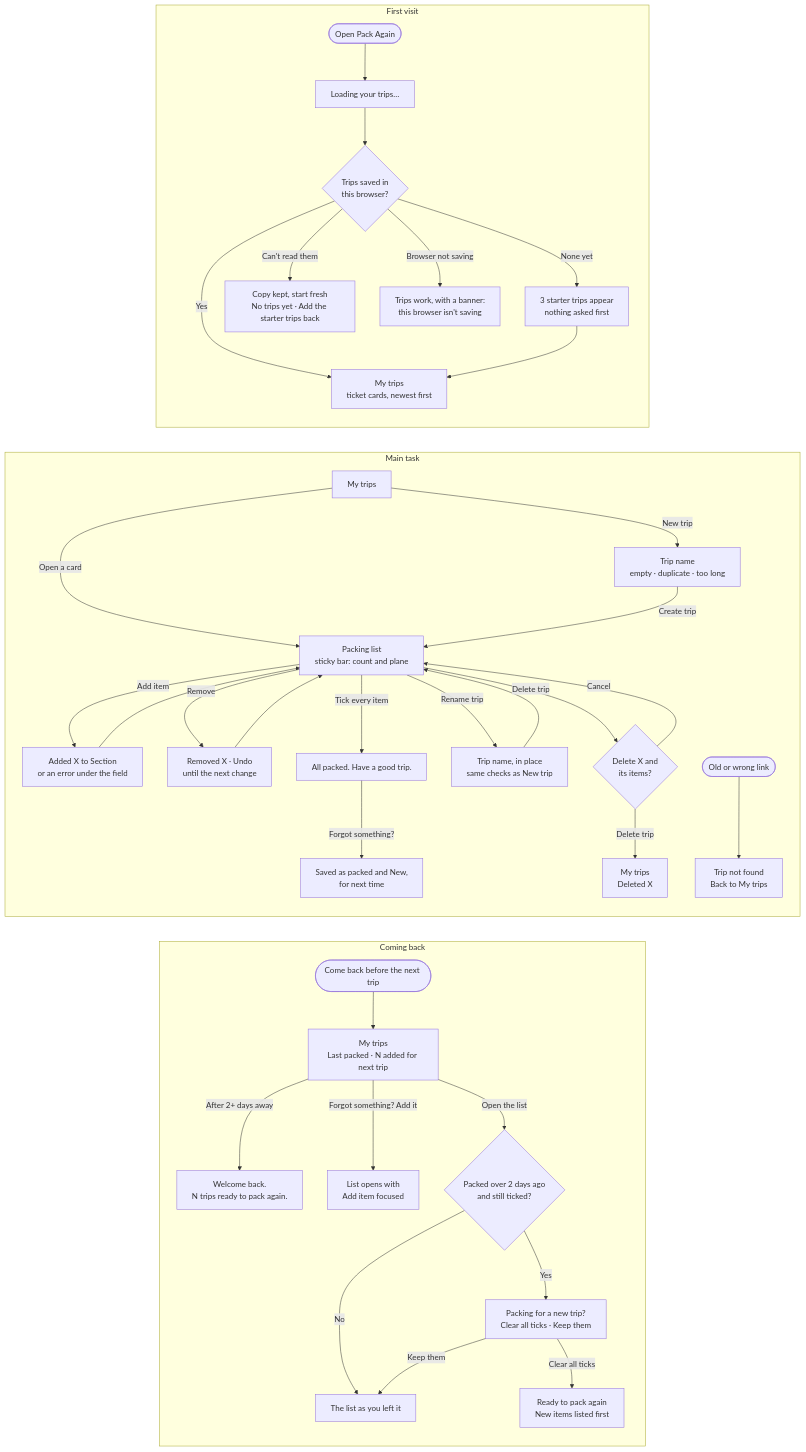
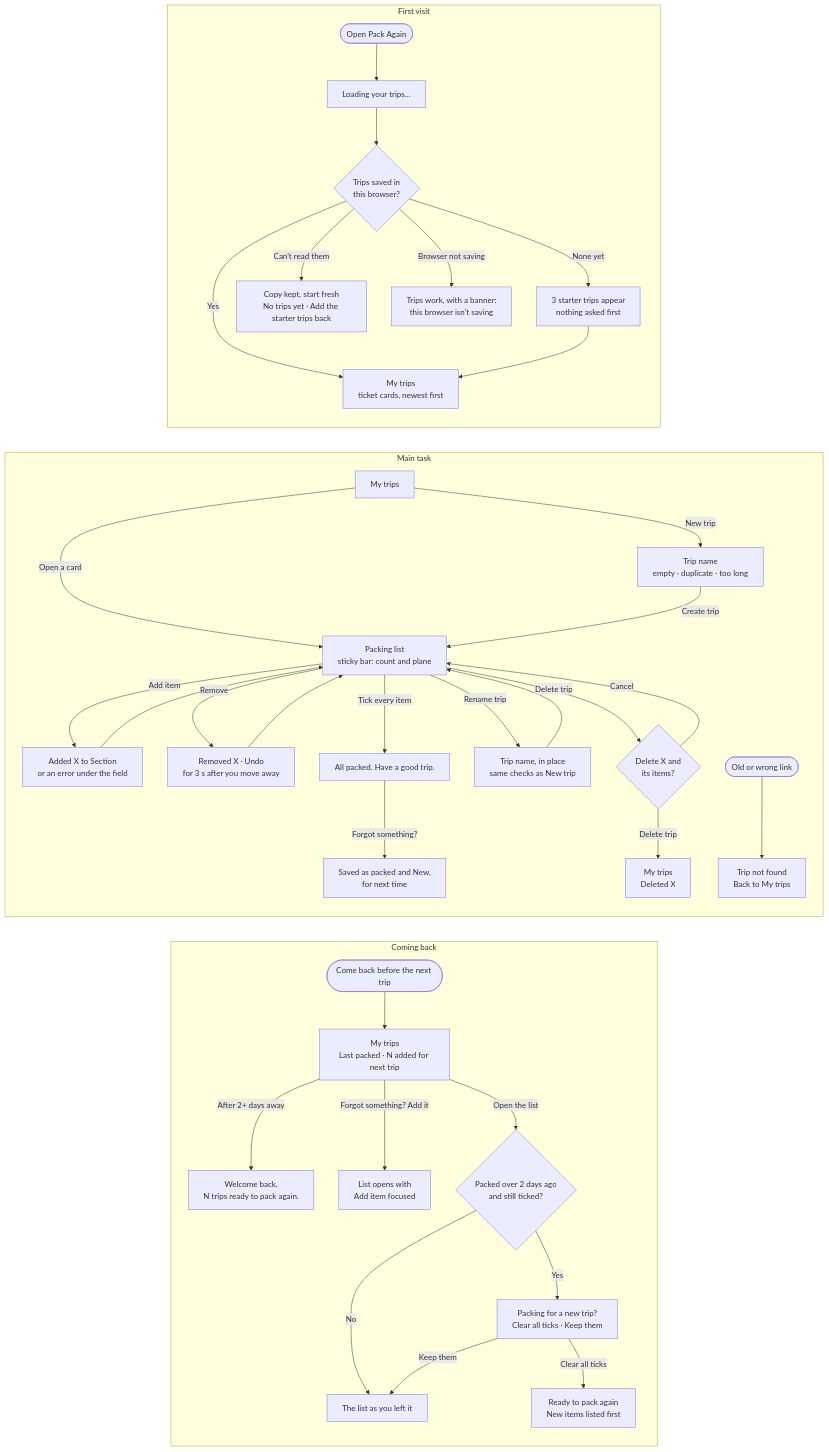
Before and after one commit to aorihuela7/design-assigment3: the diagram in README.md, drawn with Mermaid. The commit also changed other lines of this file and 1 other file, not shown here.

Commit message:
Describe the 3-second Undo in README and flows

````diff
--- a/README.md
+++ b/README.md
@@ -11,48 +11,48 @@
 ```mermaid
 flowchart TD
   subgraph first["First visit"]
     direction TB
     A1(["Open Pack Again"]) --> A2["Loading your trips…"]
     A2 --> A3{"Trips saved in<br/>this browser?"}
     A3 -- "None yet" --> A4["3 starter trips appear<br/>nothing asked first"]
     A3 -- "Yes" --> A7
     A3 -- "Can't read them" --> A5["Copy kept, start fresh<br/>No trips yet · Add the starter trips back"]
     A3 -- "Browser not saving" --> A6["Trips work, with a banner:<br/>this browser isn't saving"]
     A4 --> A7["My trips<br/>ticket cards, newest first"]
   end
 
   subgraph main["Main task"]
     direction TB
     B1["My trips"] -- "Open a card" --> B3["Packing list<br/>sticky bar: count and plane"]
     B1 -- "New trip" --> B2["Trip name<br/>empty · duplicate · too long"]
     B2 -- "Create trip" --> B3
     B3 -- "Add item" --> B4["Added X to Section<br/>or an error under the field"]
     B4 --> B3
-    B3 -- "Remove" --> B5["Removed X · Undo<br/>until the next change"]
+    B3 -- "Remove" --> B5["Removed X · Undo<br/>for 3 s after you move away"]
     B5 --> B3
     B3 -- "Tick every item" --> B6["All packed. Have a good trip."]
     B6 -- "Forgot something?" --> B7["Saved as packed and New,<br/>for next time"]
     B3 -- "Rename trip" --> B10["Trip name, in place<br/>same checks as New trip"]
     B10 --> B3
     B3 -- "Delete trip" --> B11{"Delete X and<br/>its items?"}
     B11 -- "Cancel" --> B3
     B11 -- "Delete trip" --> B12["My trips<br/>Deleted X"]
     B8(["Old or wrong link"]) --> B9["Trip not found<br/>Back to My trips"]
   end
 
   subgraph back["Coming back"]
     direction TB
     C1(["Come back before the next trip"]) --> C2["My trips<br/>Last packed · N added for next trip"]
     C2 -- "After 2+ days away" --> C3["Welcome back.<br/>N trips ready to pack again."]
     C2 -- "Forgot something? Add it" --> C7["List opens with<br/>Add item focused"]
     C2 -- "Open the list" --> C4{"Packed over 2 days ago<br/>and still ticked?"}
     C4 -- "Yes" --> C5["Packing for a new trip?<br/>Clear all ticks · Keep them"]
     C4 -- "No" --> C8["The list as you left it"]
     C5 -- "Clear all ticks" --> C6["Ready to pack again<br/>New items listed first"]
     C5 -- "Keep them" --> C8
   end
 
   %% Invisible links stack the three flows top to bottom.
   first ~~~ main
   main ~~~ back
 ```
````
